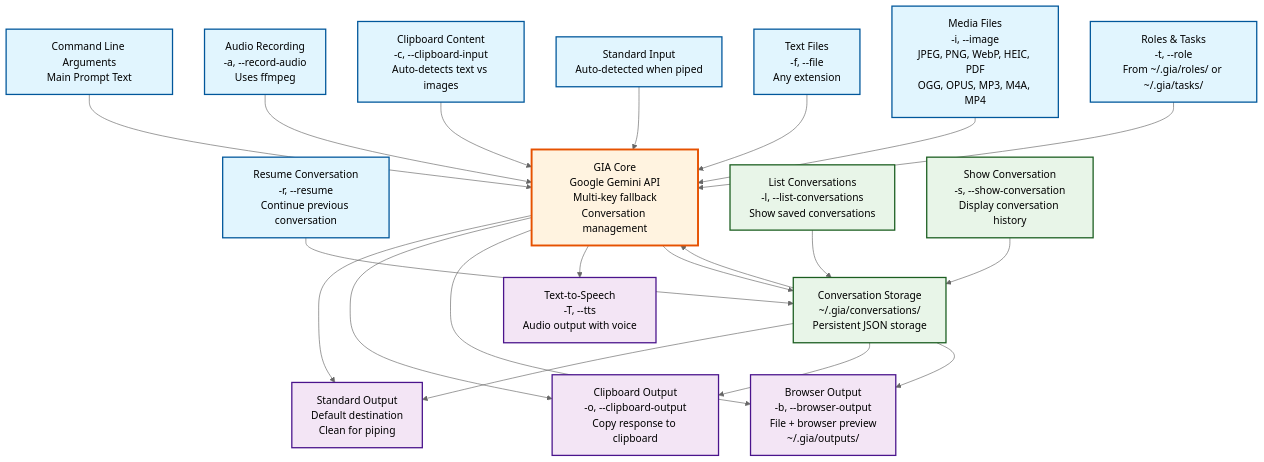
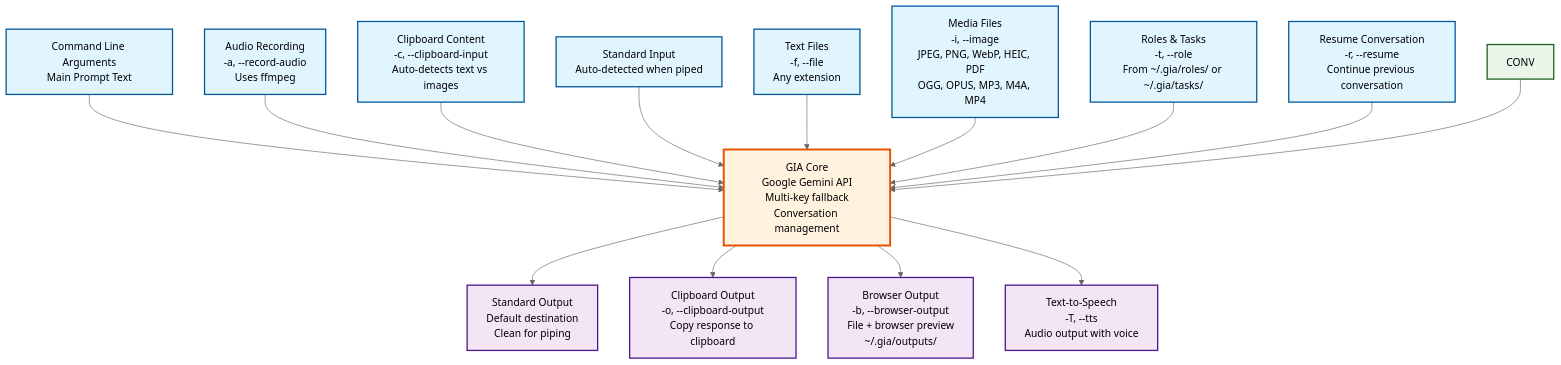
One commit to panjamo/gia changed the diagram in gia-flow-diagram.md. Above: the diagram before and after it, drawn with Mermaid (neutral theme).

Commit message:
fixup! ✨ feat: Add GIA input/output flow diagram and explanation

````diff
--- a/gia-flow-diagram.md
+++ b/gia-flow-diagram.md
@@ -5,62 +5,50 @@
 ```mermaid
 flowchart TD
     %% Input Sources
     CMD[Command Line Arguments<br/>Main Prompt Text]
     AUDIO[Audio Recording<br/>-a, --record-audio<br/>Uses ffmpeg]
     CLIPBOARD[Clipboard Content<br/>-c, --clipboard-input<br/>Auto-detects text vs images]
     STDIN[Standard Input<br/>Auto-detected when piped]
     TEXTFILES[Text Files<br/>-f, --file<br/>Any extension]
     MEDIAFILES[Media Files<br/>-i, --image<br/>JPEG, PNG, WebP, HEIC, PDF<br/>OGG, OPUS, MP3, M4A, MP4]
     ROLES[Roles & Tasks<br/>-t, --role<br/>From ~/.gia/roles/ or ~/.gia/tasks/]
     RESUME[Resume Conversation<br/>-r, --resume<br/>Continue previous conversation]
-    
+
     %% Processing Core
     GIA[GIA Core<br/>Google Gemini API<br/>Multi-key fallback<br/>Conversation management]
-    
+
     %% Output Destinations
     STDOUT[Standard Output<br/>Default destination<br/>Clean for piping]
     CLIPOUT[Clipboard Output<br/>-o, --clipboard-output<br/>Copy response to clipboard]
     BROWSER[Browser Output<br/>-b, --browser-output<br/>File + browser preview<br/>~/.gia/outputs/]
     TTS[Text-to-Speech<br/>-T, --tts<br/>Audio output with voice]
-    
-    %% Additional Features
-    CONV[Conversation Storage<br/>~/.gia/conversations/<br/>Persistent JSON storage]
-    LIST[List Conversations<br/>-l, --list-conversations<br/>Show saved conversations]
-    SHOW[Show Conversation<br/>-s, --show-conversation<br/>Display conversation history]
-    
+
     %% Input Flow
     CMD --> GIA
     AUDIO --> GIA
     CLIPBOARD --> GIA
     STDIN --> GIA
     TEXTFILES --> GIA
     MEDIAFILES --> GIA
     ROLES --> GIA
-    RESUME --> CONV
+    RESUME --> GIA
     CONV --> GIA
-    
+
     %% Output Flow
     GIA --> STDOUT
     GIA --> CLIPOUT
     GIA --> BROWSER
     GIA --> TTS
-    GIA --> CONV
-    
-    %% Management Flow
-    LIST --> CONV
-    SHOW --> CONV
-    CONV --> STDOUT
-    CONV --> CLIPOUT
-    CONV --> BROWSER
-    
+
+
     %% Styling
     classDef inputSource fill:#e1f5fe,stroke:#01579b,stroke-width:2px
     classDef outputDest fill:#f3e5f5,stroke:#4a148c,stroke-width:2px
     classDef core fill:#fff3e0,stroke:#e65100,stroke-width:3px
     classDef storage fill:#e8f5e8,stroke:#1b5e20,stroke-width:2px
-    
+
     class CMD,AUDIO,CLIPBOARD,STDIN,TEXTFILES,MEDIAFILES,ROLES,RESUME inputSource
     class STDOUT,CLIPOUT,BROWSER,TTS outputDest
     class GIA core
     class CONV,LIST,SHOW storage
 ```
````
